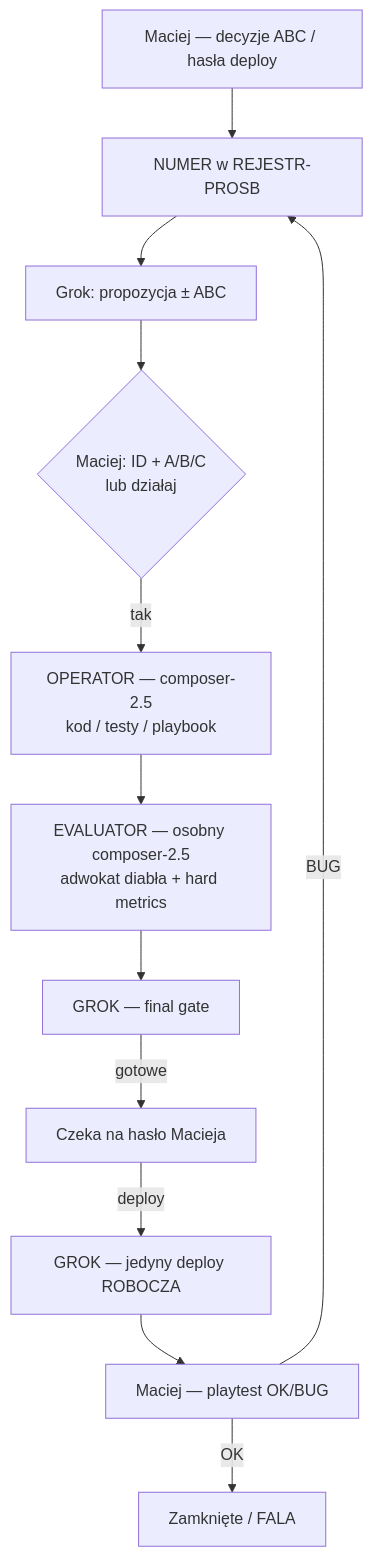
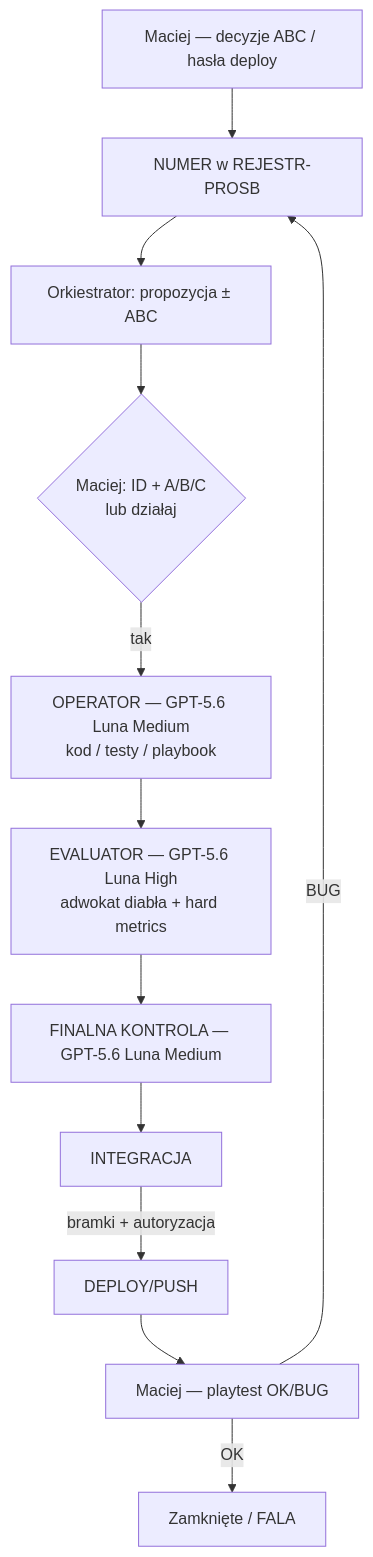
The diagram in dyspozycje/AUTOBOT-SCHEMAT-DZIALANIA.md (maciejsieracki/The-Game), drawn with Mermaid before and after one commit. The commit also changed other lines of this file and 3 other files, not shown here.

Commit message:
docs: domknij obieg autobot operator evaluator

````diff
--- a/dyspozycje/AUTOBOT-SCHEMAT-DZIALANIA.md
+++ b/dyspozycje/AUTOBOT-SCHEMAT-DZIALANIA.md
@@ -11,14 +11,14 @@
 ```mermaid
 flowchart TD
   M[Maciej — decyzje ABC / hasła deploy] --> ID[NUMER w REJESTR-PROSB]
-  ID --> PROP[Grok: propozycja ± ABC]
+  ID --> PROP[Orkiestrator: propozycja ± ABC]
   PROP --> DEC{Maciej: ID + A/B/C<br/>lub działaj}
-  DEC -->|tak| OP[OPERATOR — composer-2.5<br/>kod / testy / playbook]
-  OP --> EV[EVALUATOR — osobny composer-2.5<br/>adwokat diabła + hard metrics]
-  EV --> GR[GROK — final gate]
-  GR -->|gotowe| WAIT[Czeka na hasło Macieja]
-  WAIT -->|deploy| DEP[GROK — jedyny deploy ROBOCZA]
+  DEC -->|tak| OP[OPERATOR — GPT-5.6 Luna Medium<br/>kod / testy / playbook]
+  OP --> EV[EVALUATOR — GPT-5.6 Luna High<br/>adwokat diabła + hard metrics]
+  EV --> GR[FINALNA KONTROLA — GPT-5.6 Luna Medium]
+  GR --> INT[INTEGRACJA]
+  INT -->|bramki + autoryzacja| DEP[DEPLOY/PUSH]
   DEP --> PLAY[Maciej — playtest OK/BUG]
   PLAY -->|BUG| ID
   PLAY -->|OK| DONE[Zamknięte / FALA]
 ```
````
